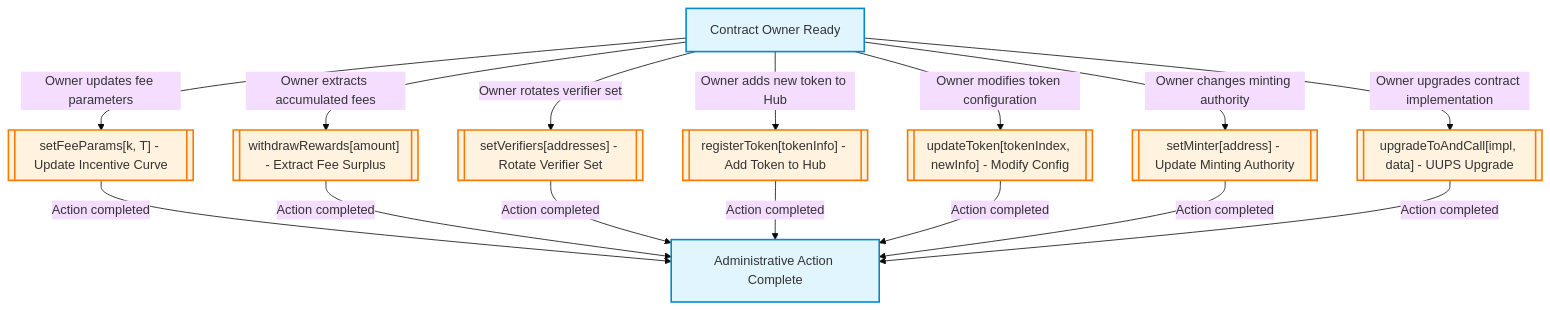
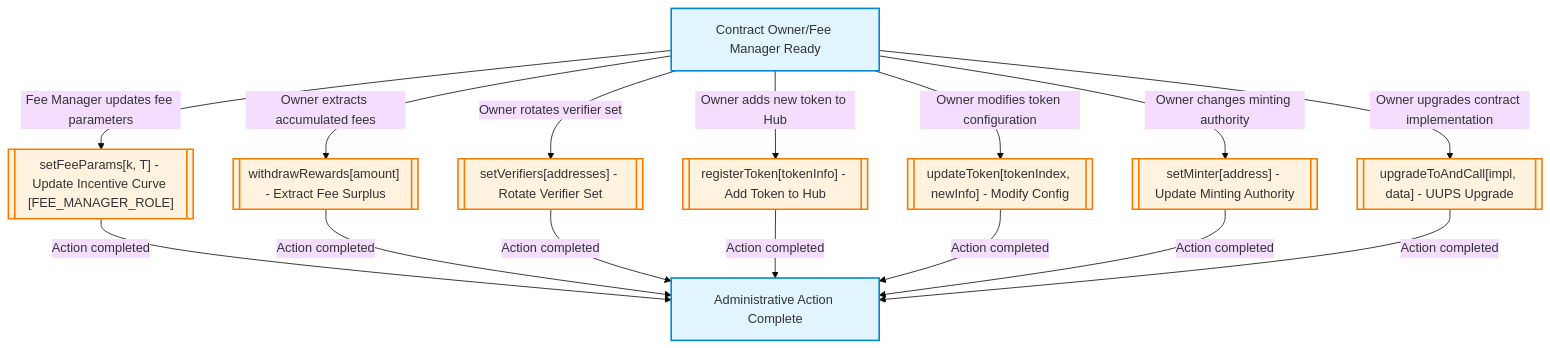
Diagram 17 of 23 in outputs/specs.md (NyxFoundation/speca), drawn with Mermaid (base theme) before and after one commit. The commit also changed 2 other files, not shown here.

Commit message:
fix prep outputs

````diff
--- a/outputs/specs.md
+++ b/outputs/specs.md
@@ -1405,40 +1405,40 @@
 ```mermaid
 flowchart TD
     classDef stateNode fill:#e1f5fe,stroke:#0288d1,stroke-width:2px
     classDef actionNode fill:#fff3e0,stroke:#f57c00,stroke-width:2px
 
-    STATE_OWNER_IDLE["Contract Owner Ready"]
-    ACTION_OWNER_SET_FEE_PARAMS[["setFeeParams[k, T] - Update Incentive Curve"]]
+    STATE_OWNER_IDLE["Contract Owner/Fee Manager Ready"]
+    ACTION_FEE_MANAGER_SET_FEE_PARAMS[["setFeeParams[k, T] - Update Incentive Curve [FEE_MANAGER_ROLE]"]]
     ACTION_OWNER_WITHDRAW_REWARDS[["withdrawRewards[amount] - Extract Fee Surplus"]]
     ACTION_OWNER_SET_VERIFIERS[["setVerifiers[addresses] - Rotate Verifier Set"]]
     ACTION_OWNER_REGISTER_TOKEN[["registerToken[tokenInfo] - Add Token to Hub"]]
     ACTION_OWNER_UPDATE_TOKEN[["updateToken[tokenIndex, newInfo] - Modify Config"]]
     ACTION_OWNER_SET_MINTER[["setMinter[address] - Update Minting Authority"]]
     ACTION_OWNER_UPGRADE_CONTRACT[["upgradeToAndCall[impl, data] - UUPS Upgrade"]]
     STATE_ADMIN_ACTION_COMPLETE["Administrative Action Complete"]
 
-    STATE_OWNER_IDLE -->|Owner updates fee parameters| ACTION_OWNER_SET_FEE_PARAMS
+    STATE_OWNER_IDLE -->|Fee Manager updates fee parameters| ACTION_FEE_MANAGER_SET_FEE_PARAMS
     STATE_OWNER_IDLE -->|Owner extracts accumulated fees| ACTION_OWNER_WITHDRAW_REWARDS
     STATE_OWNER_IDLE -->|Owner rotates verifier set| ACTION_OWNER_SET_VERIFIERS
     STATE_OWNER_IDLE -->|Owner adds new token to Hub| ACTION_OWNER_REGISTER_TOKEN
     STATE_OWNER_IDLE -->|Owner modifies token configuration| ACTION_OWNER_UPDATE_TOKEN
     STATE_OWNER_IDLE -->|Owner changes minting authority| ACTION_OWNER_SET_MINTER
     STATE_OWNER_IDLE -->|Owner upgrades contract implementation| ACTION_OWNER_UPGRADE_CONTRACT
-    ACTION_OWNER_SET_FEE_PARAMS -->|Action completed| STATE_ADMIN_ACTION_COMPLETE
+    ACTION_FEE_MANAGER_SET_FEE_PARAMS -->|Action completed| STATE_ADMIN_ACTION_COMPLETE
     ACTION_OWNER_WITHDRAW_REWARDS -->|Action completed| STATE_ADMIN_ACTION_COMPLETE
     ACTION_OWNER_SET_VERIFIERS -->|Action completed| STATE_ADMIN_ACTION_COMPLETE
     ACTION_OWNER_REGISTER_TOKEN -->|Action completed| STATE_ADMIN_ACTION_COMPLETE
     ACTION_OWNER_UPDATE_TOKEN -->|Action completed| STATE_ADMIN_ACTION_COMPLETE
     ACTION_OWNER_SET_MINTER -->|Action completed| STATE_ADMIN_ACTION_COMPLETE
     ACTION_OWNER_UPGRADE_CONTRACT -->|Action completed| STATE_ADMIN_ACTION_COMPLETE
 
     class STATE_OWNER_IDLE stateNode
-    class ACTION_OWNER_SET_FEE_PARAMS actionNode
+    class ACTION_FEE_MANAGER_SET_FEE_PARAMS actionNode
     class ACTION_OWNER_WITHDRAW_REWARDS actionNode
     class ACTION_OWNER_SET_VERIFIERS actionNode
     class ACTION_OWNER_REGISTER_TOKEN actionNode
     class ACTION_OWNER_UPDATE_TOKEN actionNode
     class ACTION_OWNER_SET_MINTER actionNode
     class ACTION_OWNER_UPGRADE_CONTRACT actionNode
     class STATE_ADMIN_ACTION_COMPLETE stateNode
 ```
````
